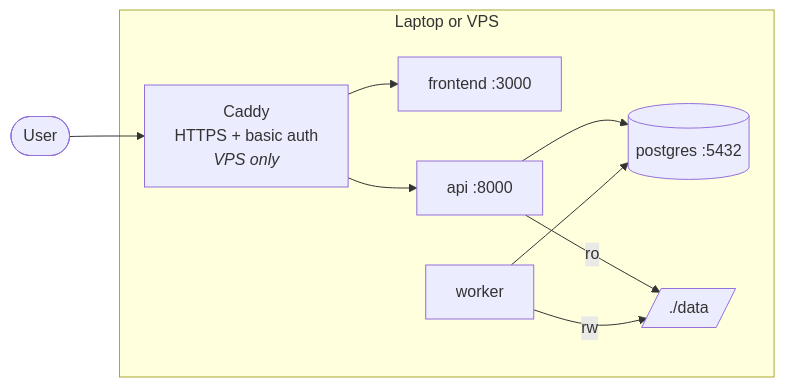
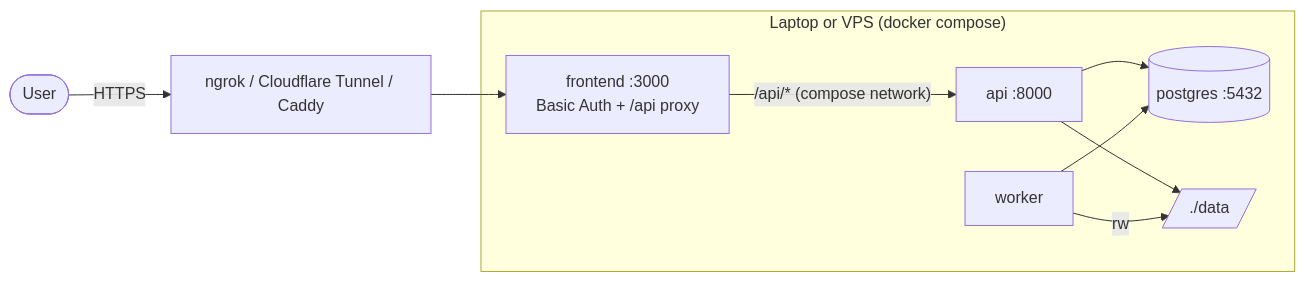
Before and after one commit to Corbin09/StreamFeed: the eighth of 8 diagrams in docs/ARCHITECTURE.md, drawn with Mermaid. The commit also changed other lines of this file and 17 other files, not shown here.

````diff
--- a/docs/ARCHITECTURE.md
+++ b/docs/ARCHITECTURE.md
@@ -556,16 +564,16 @@
 ```mermaid
 flowchart LR
-    subgraph vps["Laptop or VPS"]
-        caddy["Caddy<br/>HTTPS + basic auth<br/><i>VPS only</i>"]
-        fe[frontend :3000]
+    subgraph host["Laptop or VPS (docker compose)"]
+        fe["frontend :3000<br/>Basic Auth + /api proxy"]
         api[api :8000]
         wk[worker]
         pg[(postgres :5432)]
         data[/./data/]
     end
-    user([User]) --> caddy --> fe & api
+    user([User]) -- HTTPS --> edge["ngrok / Cloudflare Tunnel / Caddy"] --> fe
+    fe -- "/api/* (compose network)" --> api
     api --> pg
     wk --> pg
-    api -- ro --> data
+    api --> data
     wk -- rw --> data
 ```
````
